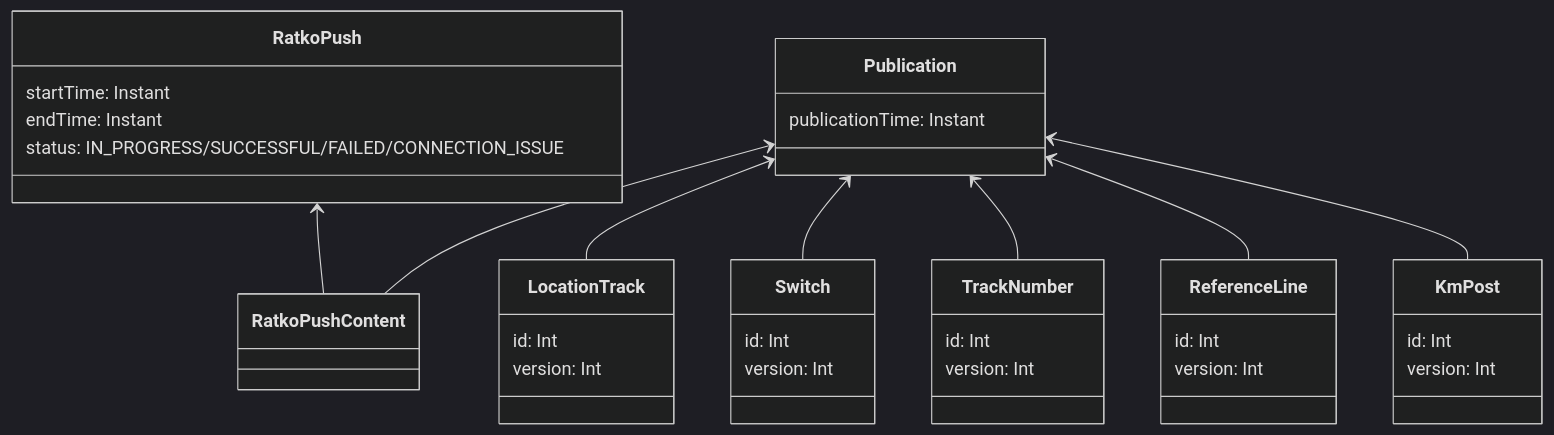
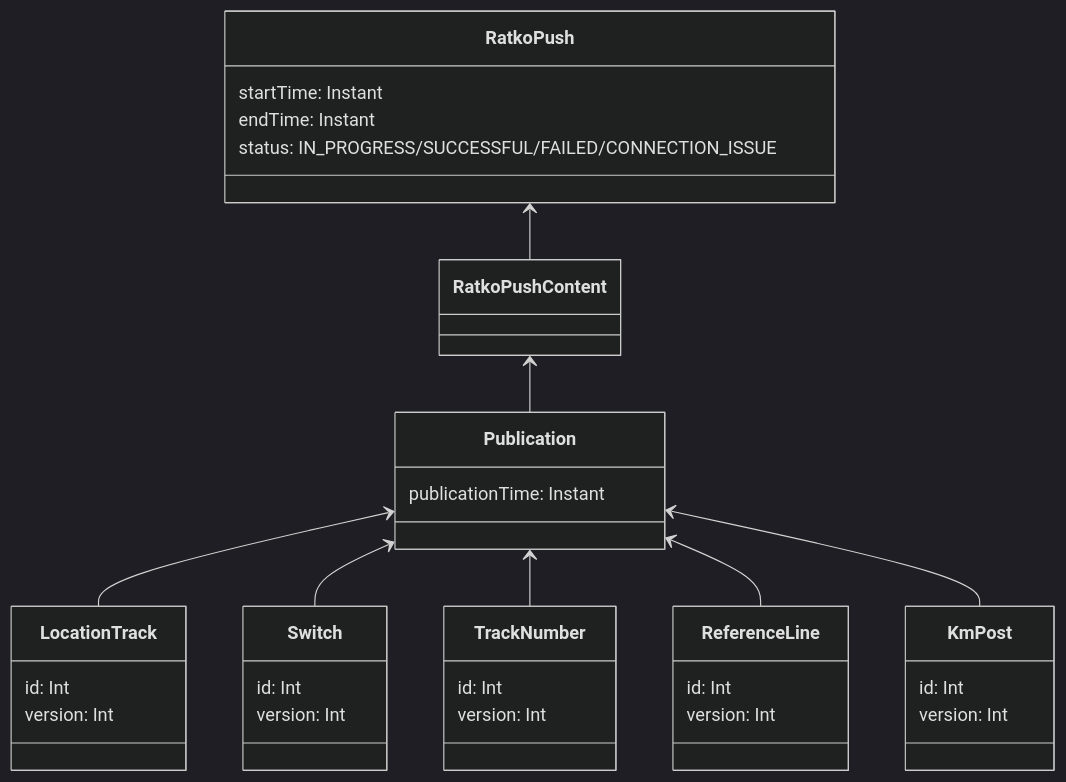
Before and after one commit to finnishtransportagency/geoviite: the diagram in doc/julkaisut.md, drawn with Mermaid (dark theme). The commit also changed 1 other file, not shown here.

Commit message:
GVT-2347 Fix links and improve diagram layout

````diff
--- a/doc/julkaisut.md
+++ b/doc/julkaisut.md
@@ -19,44 +19,40 @@
 ```mermaid
 classDiagram
-    %%namespaces make this diagram clearer, but they need mermaid 10.2.0 which github doesn't yet have (as of 01.02.2024)
-    %%namespace publication {
-        class Publication {
-            publicationTime: Instant
-        }
-        class LocationTrack {
-            id: Int
-            version: Int
-        }
-        class Switch {
-            id: Int
-            version: Int
-        }
-        class TrackNumber {
-            id: Int
-            version: Int
-        }
-        class ReferenceLine {
-            id: Int
-            version: Int
-        }
-        class KmPost {
-            id: Int
-            version: Int
-        }
-    %%}
-    %%namespace integration {
-        class RatkoPush {
-            startTime: Instant
-            endTime: Instant
-            status: IN_PROGRESS/SUCCESSFUL/FAILED/CONNECTION_ISSUE
-        }
-        class RatkoPushContent
-    %%}
+    class Publication {
+        publicationTime: Instant
+    }
+    class LocationTrack {
+        id: Int
+        version: Int
+    }
+    class Switch {
+        id: Int
+        version: Int
+    }
+    class TrackNumber {
+        id: Int
+        version: Int
+    }
+    class ReferenceLine {
+        id: Int
+        version: Int
+    }
+    class KmPost {
+        id: Int
+        version: Int
+    }
+    class RatkoPush {
+        startTime: Instant
+        endTime: Instant
+        status: IN_PROGRESS/SUCCESSFUL/FAILED/CONNECTION_ISSUE
+    }
+    class RatkoPushContent
+
     RatkoPush <-- RatkoPushContent
-    Publication <-- RatkoPushContent
+    RatkoPushContent <-- Publication
     Publication <-- LocationTrack
     Publication <-- Switch
     Publication <-- TrackNumber
     Publication <-- ReferenceLine
     Publication <-- KmPost
 ```
````
